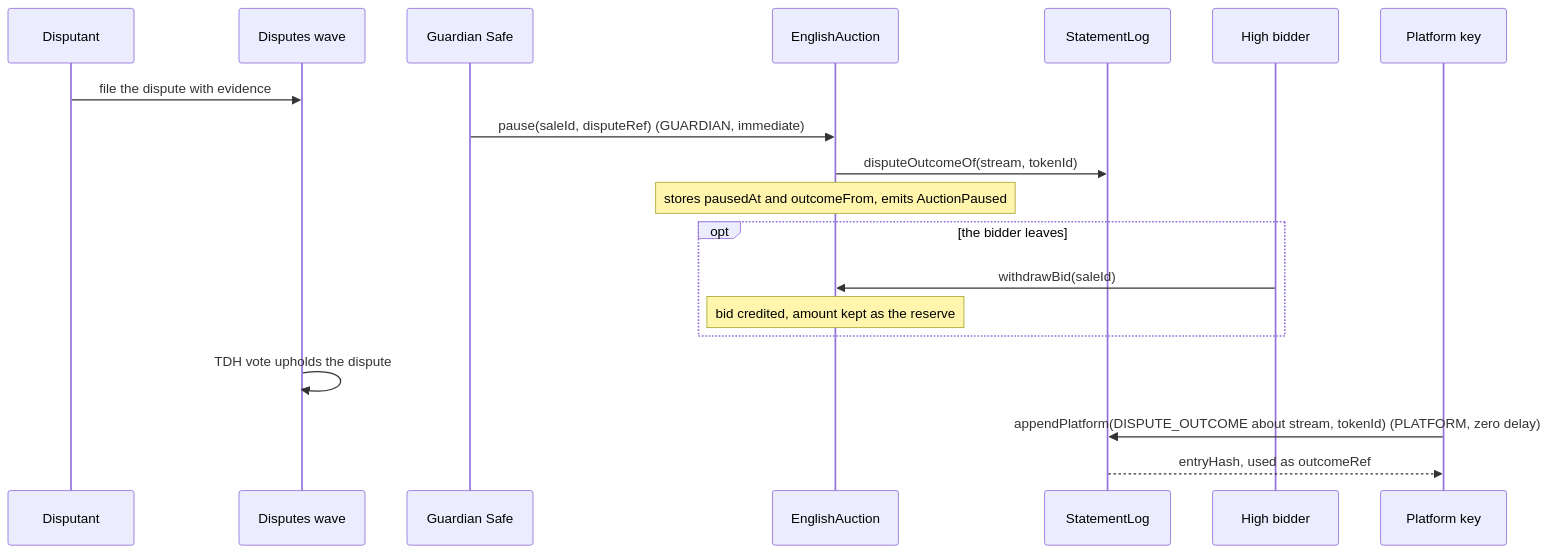
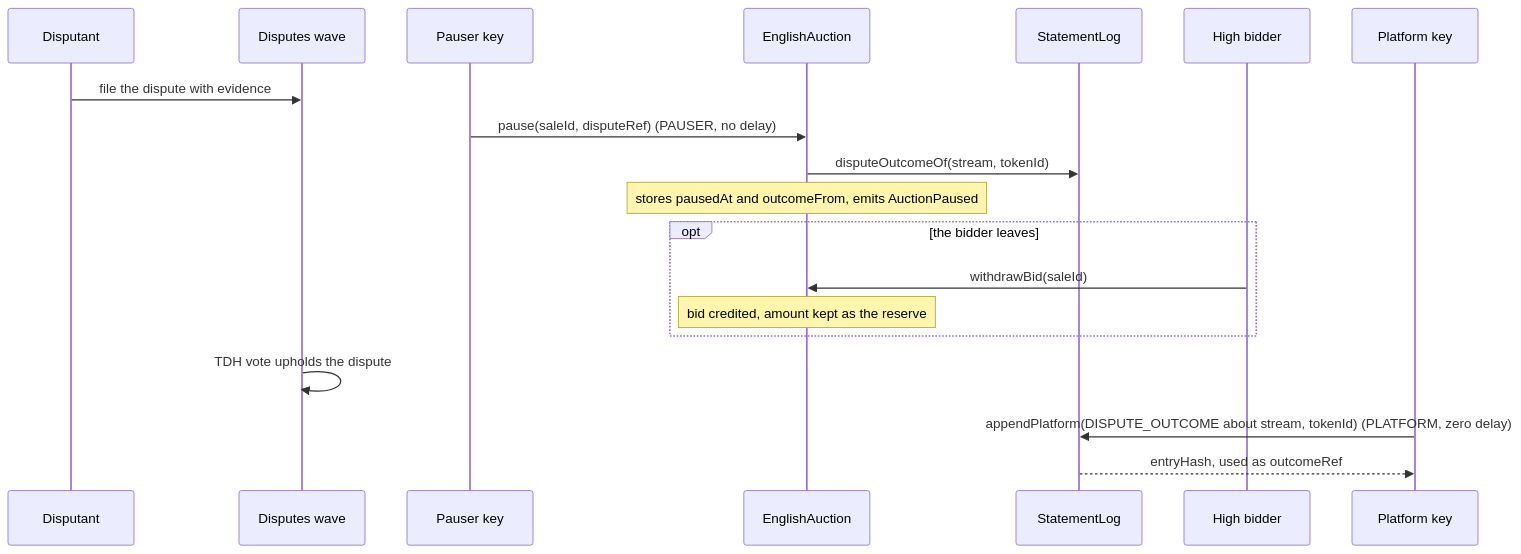
The third of 9 diagrams in docs/spec/disputes-and-statements.md (6529-Collections/6529-works), drawn with Mermaid before and after one commit. The commit also changed other lines of this file and 352 other files, not shown here.

````diff
--- a/docs/spec/disputes-and-statements.md
+++ b/docs/spec/disputes-and-statements.md
@@ -254,21 +253,21 @@
 ```mermaid
 sequenceDiagram
     participant D as Disputant
     participant W as Disputes wave
-    participant G as Guardian Safe
+    participant G as Pauser key
     participant A as EnglishAuction
     participant L as StatementLog
     participant B as High bidder
     participant P as Platform key
     D->>W: file the dispute with evidence
-    G->>A: pause(saleId, disputeRef) (GUARDIAN, immediate)
+    G->>A: pause(saleId, disputeRef) (PAUSER, no delay)
     A->>L: disputeOutcomeOf(stream, tokenId)
     Note over A: stores pausedAt and outcomeFrom, emits AuctionPaused
     opt the bidder leaves
         B->>A: withdrawBid(saleId)
         Note over A: bid credited, amount kept as the reserve
     end
     W->>W: TDH vote upholds the dispute
     P->>L: appendPlatform(DISPUTE_OUTCOME about stream, tokenId) (PLATFORM, zero delay)
     L-->>P: entryHash, used as outcomeRef
 ```
````
